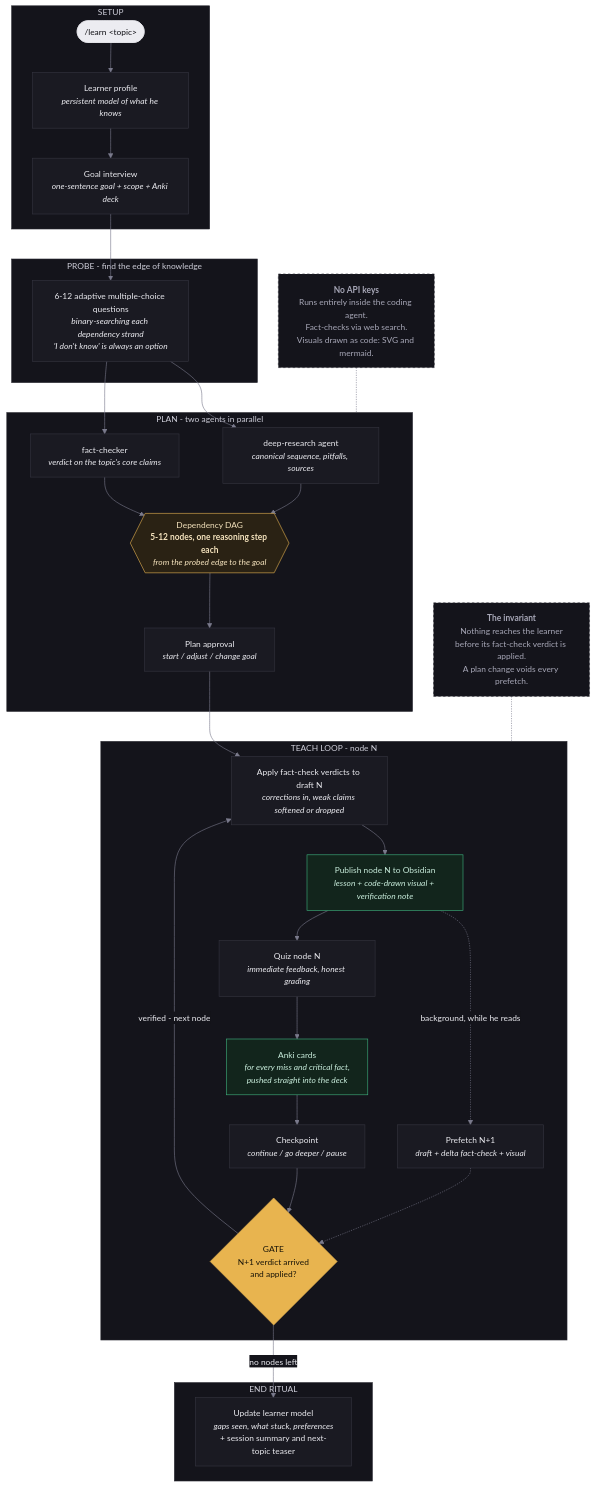
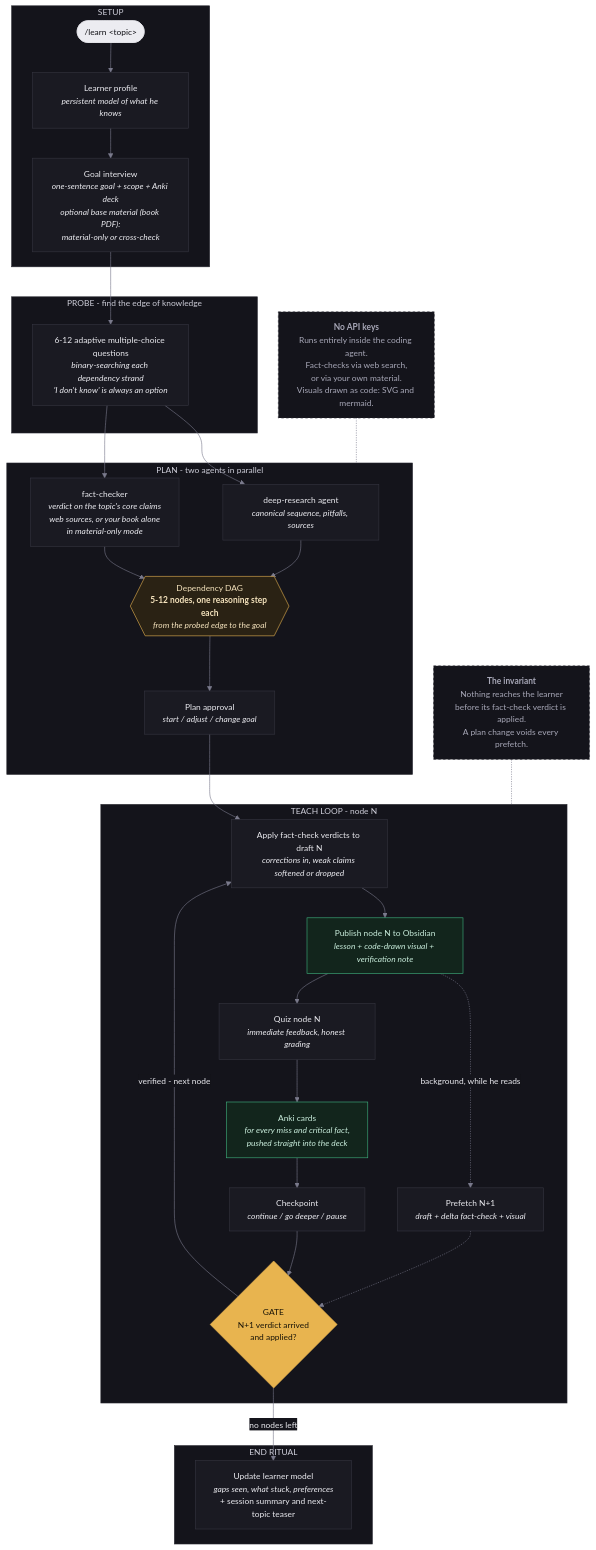
Before and after one commit to Coutinho072/learn-skill: the diagram in assets/learn-skill.mmd, drawn with Mermaid. The commit also changed 3 other files, not shown here.

Commit message:
docs(assets): show base-material source modes in cover and diagram

```diff
--- a/assets/learn-skill.mmd
+++ b/assets/learn-skill.mmd
@@ -1,78 +1,78 @@
 %%{init: {
   "theme": "base",
   "themeVariables": {
     "background": "#0E0E13",
     "primaryColor": "#1A1A22",
     "primaryTextColor": "#ECECF1",
     "primaryBorderColor": "#34343F",
     "lineColor": "#7A7A8C",
     "clusterBkg": "#14141B",
     "clusterBorder": "#26262F",
     "edgeLabelBackground": "#14141B",
     "fontFamily": "Instrument Sans, Segoe UI, sans-serif",
     "fontSize": "14px"
   },
   "flowchart": { "curve": "basis", "htmlLabels": true }
 }}%%
 graph TD
 
   subgraph SETUP["SETUP"]
     A(["/learn &lt;topic&gt;"]) --> B["Learner profile<br/><i>persistent model of what he knows</i>"]
-    B --> C["Goal interview<br/><i>one-sentence goal + scope + Anki deck</i>"]
+    B --> C["Goal interview<br/><i>one-sentence goal + scope + Anki deck</i><br/><i>optional base material (book PDF):<br/>material-only or cross-check</i>"]
   end
 
   C --> P
 
   subgraph PROBE["PROBE - find the edge of knowledge"]
     P["6-12 adaptive multiple-choice questions<br/><i>binary-searching each dependency strand</i><br/><i>'I don't know' is always an option</i>"]
   end
 
   P --> R1 & F1
 
   subgraph PLAN["PLAN - two agents in parallel"]
     R1["deep-research agent<br/><i>canonical sequence, pitfalls, sources</i>"]
-    F1["fact-checker<br/><i>verdict on the topic's core claims</i>"]
+    F1["fact-checker<br/><i>verdict on the topic's core claims</i><br/><i>web sources, or your book alone<br/>in material-only mode</i>"]
     R1 --> DAG
     F1 --> DAG
     DAG{{"Dependency DAG<br/><b>5-12 nodes, one reasoning step each</b><br/><i>from the probed edge to the goal</i>"}}
     DAG --> OK["Plan approval<br/><i>start / adjust / change goal</i>"]
   end
 
   OK --> T1
 
   subgraph LOOP["TEACH LOOP - node N"]
     T1["Apply fact-check verdicts to draft N<br/><i>corrections in, weak claims softened or dropped</i>"]
     T1 --> T2["Publish node N to Obsidian<br/><i>lesson + code-drawn visual + verification note</i>"]
     T2 -.->|"background, while he reads"| PF["Prefetch N+1<br/><i>draft + delta fact-check + visual</i>"]
     T2 --> Q["Quiz node N<br/><i>immediate feedback, honest grading</i>"]
     Q --> AN["Anki cards<br/><i>for every miss and critical fact,<br/>pushed straight into the deck</i>"]
     AN --> CK["Checkpoint<br/><i>continue / go deeper / pause</i>"]
     CK --> G{"GATE<br/>N+1 verdict arrived<br/>and applied?"}
     PF -.-> G
     G -->|"verified - next node"| T1
   end
 
   G -->|"no nodes left"| E
 
   subgraph ENDR["END RITUAL"]
     E["Update learner model<br/><i>gaps seen, what stuck, preferences</i><br/>+ session summary and next-topic teaser"]
   end
 
   INV["<b>The invariant</b><br/>Nothing reaches the learner<br/>before its fact-check verdict is applied.<br/>A plan change voids every prefetch."]
-  KEY["<b>No API keys</b><br/>Runs entirely inside the coding agent.<br/>Fact-checks via web search.<br/>Visuals drawn as code: SVG and mermaid."]
+  KEY["<b>No API keys</b><br/>Runs entirely inside the coding agent.<br/>Fact-checks via web search,<br/>or via your own material.<br/>Visuals drawn as code: SVG and mermaid."]
 
   INV -.- LOOP
   KEY -.- PLAN
 
   classDef default fill:#1A1A22,stroke:#34343F,color:#ECECF1
   classDef gold fill:#2A2214,stroke:#E8B44F,color:#F5E3BD
   classDef green fill:#12251C,stroke:#3FB27F,color:#C9EDDC
   classDef gate fill:#E8B44F,stroke:#E8B44F,color:#1A1508
   classDef note fill:#14141B,stroke:#26262F,color:#A8A8B8,stroke-dasharray:4 4
   classDef entry fill:#ECECF1,stroke:#ECECF1,color:#0E0E13
 
   class A entry
   class DAG gold
   class G gate
   class T2,AN green
   class INV,KEY note
```
